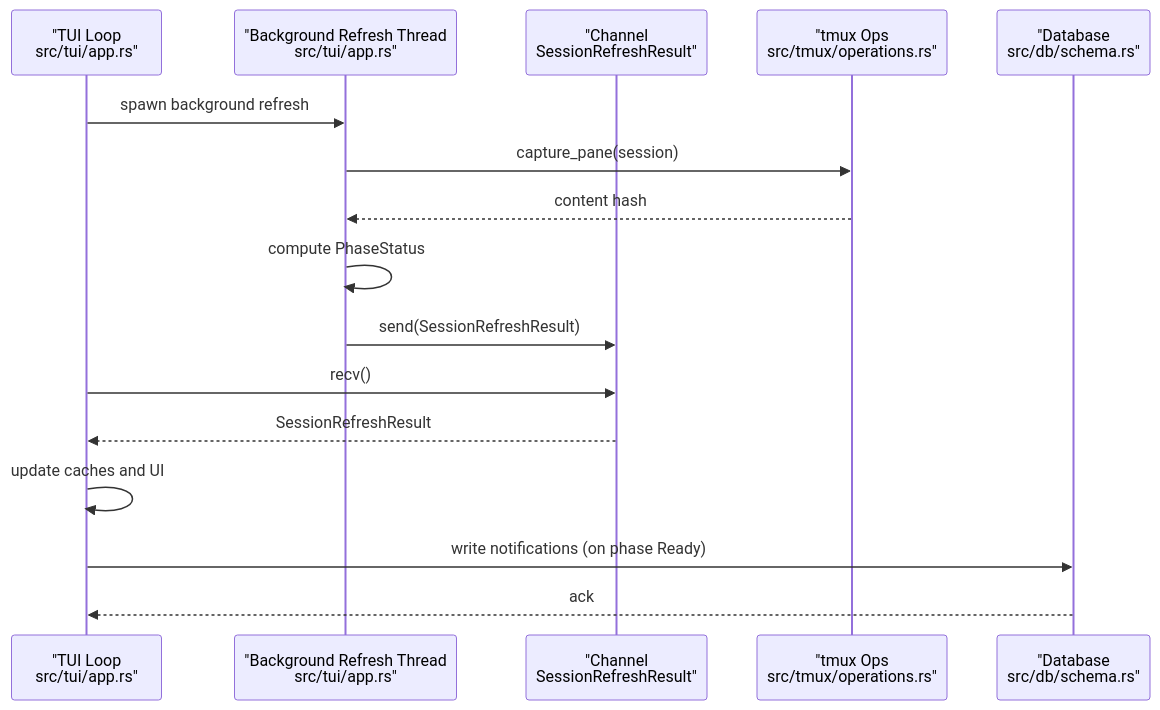
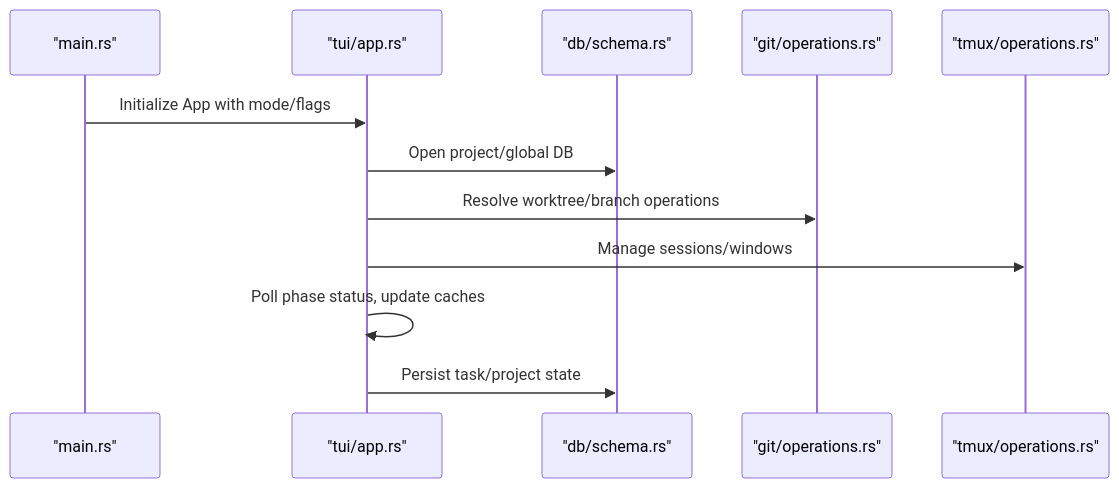
Before and after one commit to bramburn/agtx: the second of 8 diagrams in .qoder/repowiki/en/content/Advanced Features/Performance Optimization.md, drawn with Mermaid. The commit also changed other lines of this file and 140 other files, not shown here.

````diff
--- a/.qoder/repowiki/en/content/Advanced Features/Performance Optimization.md
+++ b/.qoder/repowiki/en/content/Advanced Features/Performance Optimization.md
@@ -93,18 +87,14 @@
 ```mermaid
 sequenceDiagram
-participant UI as "TUI Loop<br/>src/tui/app.rs"
-participant BG as "Background Refresh Thread<br/>src/tui/app.rs"
-participant CH as "Channel<br/>SessionRefreshResult"
-participant TM as "tmux Ops<br/>src/tmux/operations.rs"
-participant DB as "Database<br/>src/db/schema.rs"
-UI->>BG : spawn background refresh
-BG->>TM : capture_pane(session)
-TM-->>BG : content hash
-BG->>BG : compute PhaseStatus
-BG->>CH : send(SessionRefreshResult)
-UI->>CH : recv()
-CH-->>UI : SessionRefreshResult
-UI->>UI : update caches and UI
-UI->>DB : write notifications (on phase Ready)
-DB-->>UI : ack
+participant CLI as "main.rs"
+participant TUI as "tui/app.rs"
+participant DB as "db/schema.rs"
+participant GIT as "git/operations.rs"
+participant TMUX as "tmux/operations.rs"
+CLI->>TUI : Initialize App with mode/flags
+TUI->>DB : Open project/global DB
+TUI->>GIT : Resolve worktree/branch operations
+TUI->>TMUX : Manage sessions/windows
+TUI->>TUI : Poll phase status, update caches
+TUI->>DB : Persist task/project state
 ```
````
